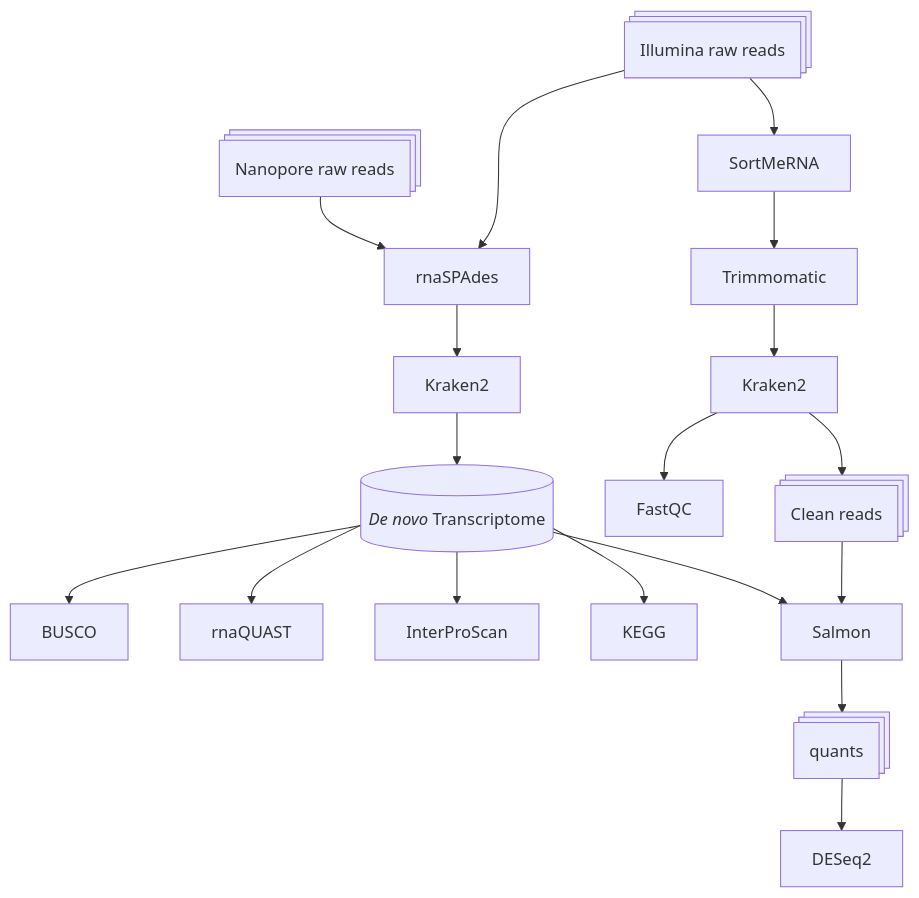
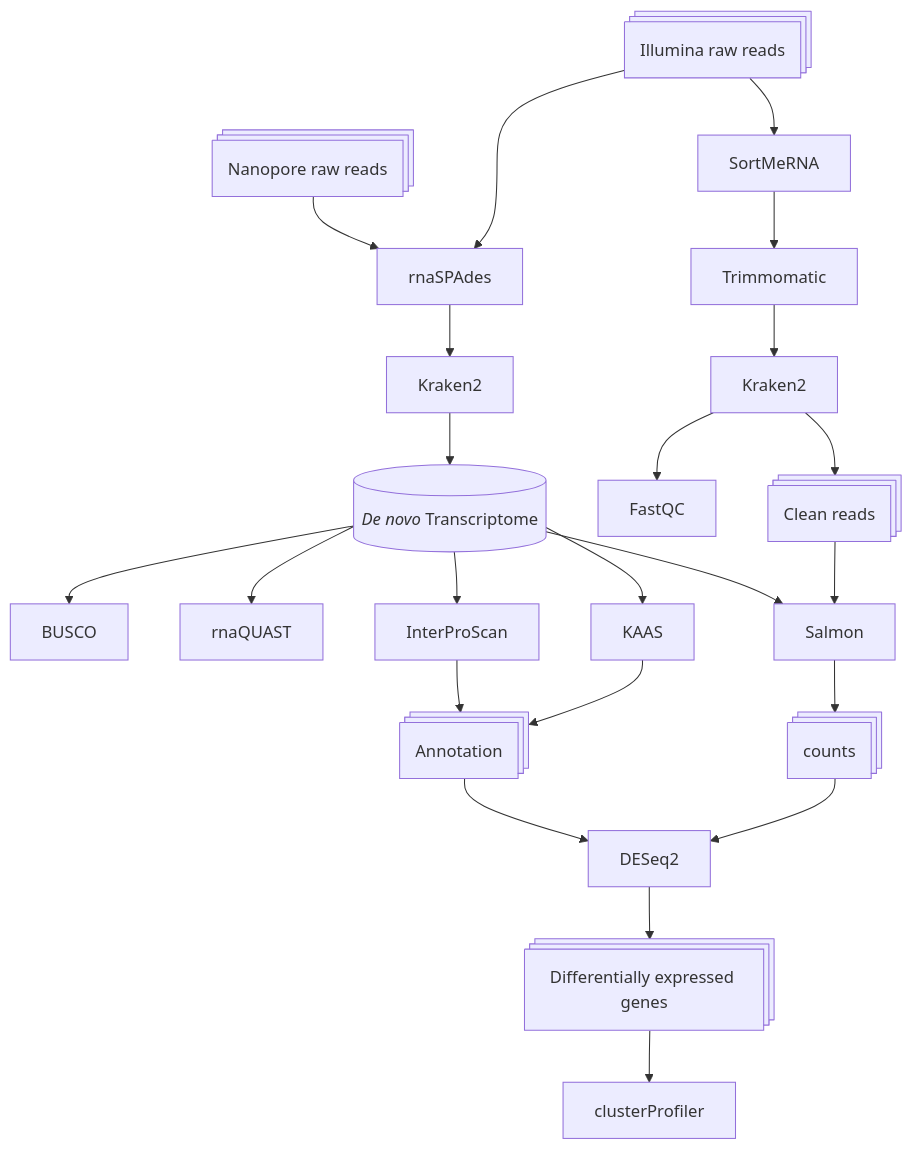
One commit to kuprinak/Phragmites_drought_RNAseq changed the diagram in README.md. Above: the diagram before and after it, drawn with Mermaid. The commit also changed other lines of this file, not shown here.

````diff
--- a/README.md
+++ b/README.md
@@ -6,20 +18,25 @@
 ```mermaid
 flowchart TB
     A@{shape: procs, label: "Illumina raw reads"} --> B[SortMeRNA];
 AA@{shape: procs, label: "Nanopore raw reads"} --> G[rnaSPAdes];
 K2 -->T@{shape: cyl, label: "_De novo_ Transcriptome"};
     B --> C[Trimmomatic];
     C --> K[Kraken2];
     K --> E[FastQC];
     K --> F@{shape: procs, label: "Clean reads"};
     A --> G[rnaSPAdes];
     G --> K2[Kraken2];
     T --> BU[BUSCO];
     T --> Q[rnaQUAST];
     T --> I[InterProScan];
-    T --> KEGG[KEGG];  
+    I --> An@{shape: procs, label: "Annotation"};
+    KAAS --> An@{shape: procs, label: "Annotation"};
+    An --> R;
+    T --> KAAS[KAAS];  
     T --> S[Salmon];
     F --> S[Salmon];
-    S --> q@{shape: procs, label: "quants"};
+    S --> q@{shape: procs, label: "counts"};
     q --> R[DESeq2];
+    R --> DEG@{shape: procs, label: "Differentially expressed genes"};
+    DEG --> cl[clusterProfiler];
 ```
````
